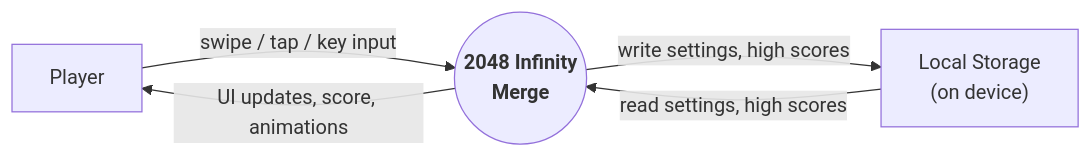
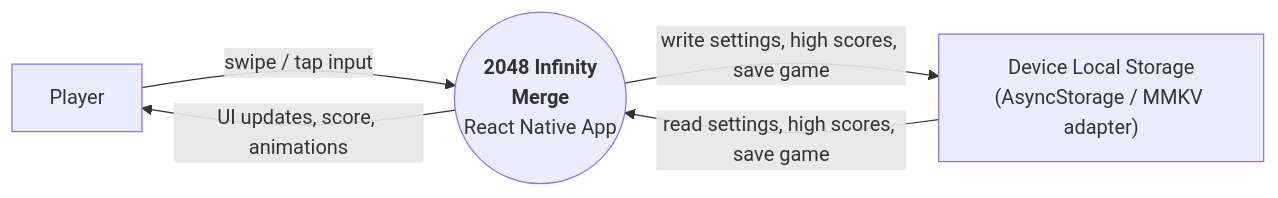
The first of 3 diagrams in Docs/software_requirement.md (LeThaiAn15112004/2048-Infinity-Merge), drawn with Mermaid before and after one commit. The commit also changed other lines of this file and 56 other files, not shown here.

Commit message:
add new project react native

````diff
--- a/Docs/software_requirement.md
+++ b/Docs/software_requirement.md
@@ -17,11 +17,11 @@
 ```mermaid
 flowchart LR
     Player["Player"]
-    Storage["Local Storage<br/>(on device)"]
-    System(("<b>2048 Infinity<br/>Merge</b>"))
+    Storage["Device Local Storage<br/>(AsyncStorage / MMKV adapter)"]
+    System(("<b>2048 Infinity<br/>Merge</b><br/>React Native App"))
 
-    Player -- "swipe / tap / key input" --> System
+    Player -- "swipe / tap input" --> System
     System -- "UI updates, score, animations" --> Player
-    System -- "write settings, high scores" --> Storage
-    Storage -- "read settings, high scores" --> System
+    System -- "write settings, high scores, save game" --> Storage
+    Storage -- "read settings, high scores, save game" --> System
 ```
````
